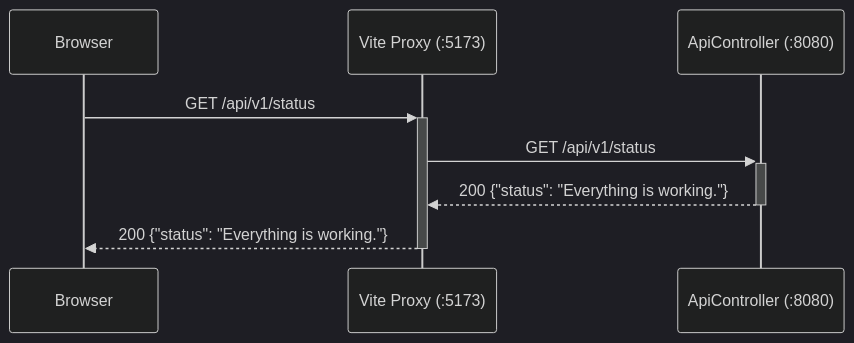
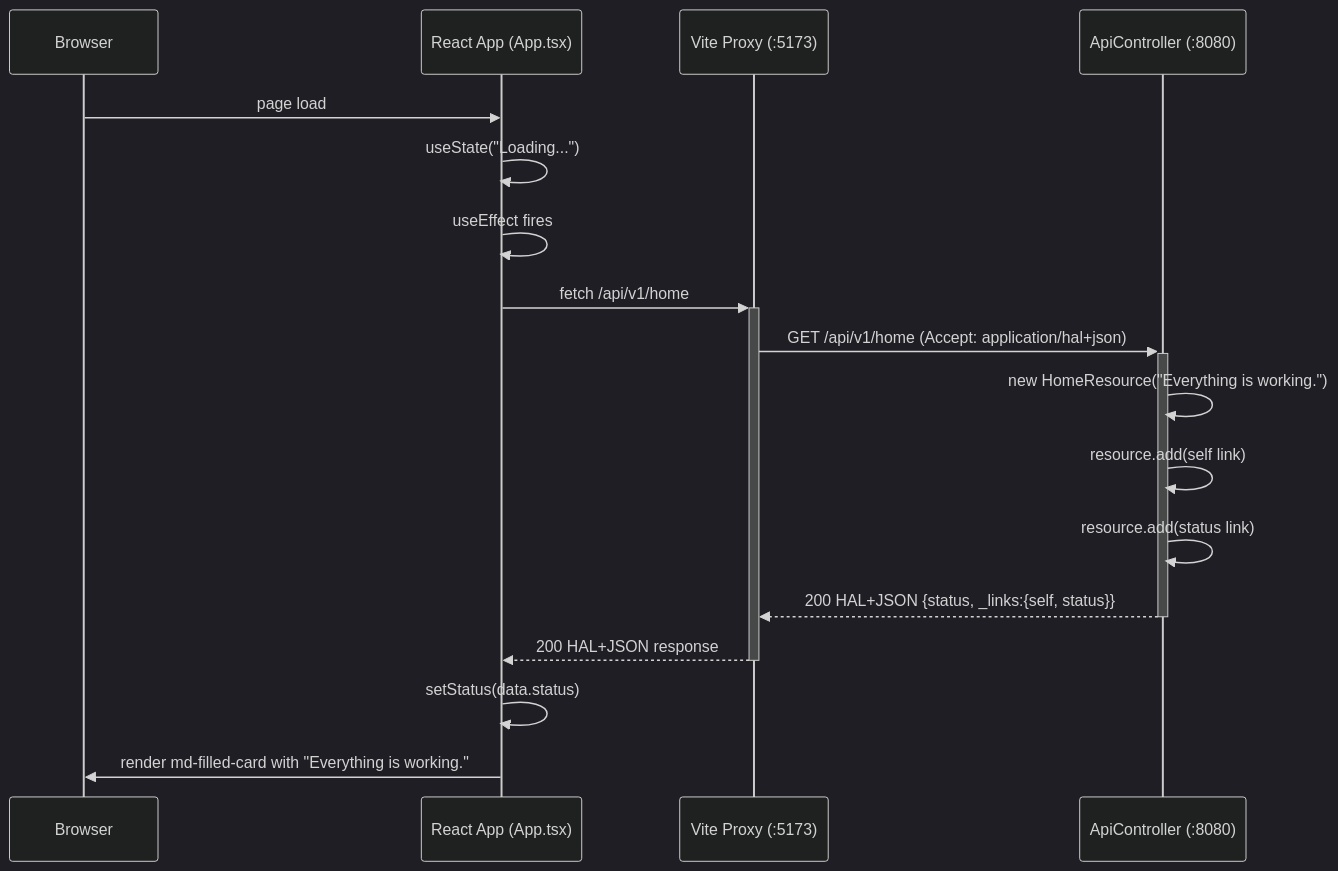
One commit to VoidfulDawn/Encounters_of_the_Void changed the first of 3 diagrams in docs/diagrams/sequence-diagram.md. Above: the diagram before and after it, drawn with Mermaid (dark theme). The commit also changed other lines of this file and 3 other files, not shown here.

First line of the commit message:
docs: update changelog and diagrams for PR #1 fixes

````diff
--- a/docs/diagrams/sequence-diagram.md
+++ b/docs/diagrams/sequence-diagram.md
@@ -9,11 +9,22 @@
 ```mermaid
 sequenceDiagram
     participant Browser
+    participant React as React App (App.tsx)
     participant ViteProxy as Vite Proxy (:5173)
     participant API as ApiController (:8080)
 
-    Browser->>+ViteProxy: GET /api/v1/status
-    ViteProxy->>+API: GET /api/v1/status
-    API-->>-ViteProxy: 200 {"status": "Everything is working."}
-    ViteProxy-->>-Browser: 200 {"status": "Everything is working."}
+    Browser->>React: page load
+    React->>React: useState("Loading...")
+    React->>React: useEffect fires
+
+    React->>+ViteProxy: fetch /api/v1/home
+    ViteProxy->>+API: GET /api/v1/home (Accept: application/hal+json)
+    API->>API: new HomeResource("Everything is working.")
+    API->>API: resource.add(self link)
+    API->>API: resource.add(status link)
+    API-->>-ViteProxy: 200 HAL+JSON {status, _links:{self, status}}
+    ViteProxy-->>-React: 200 HAL+JSON response
+
+    React->>React: setStatus(data.status)
+    React->>Browser: render md-filled-card with "Everything is working."
 ```
````
